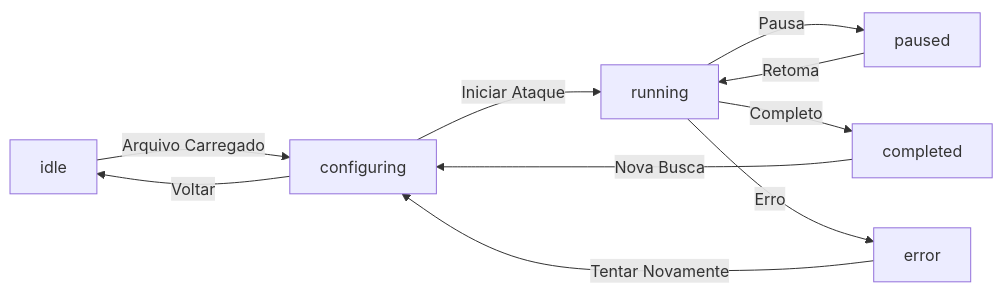
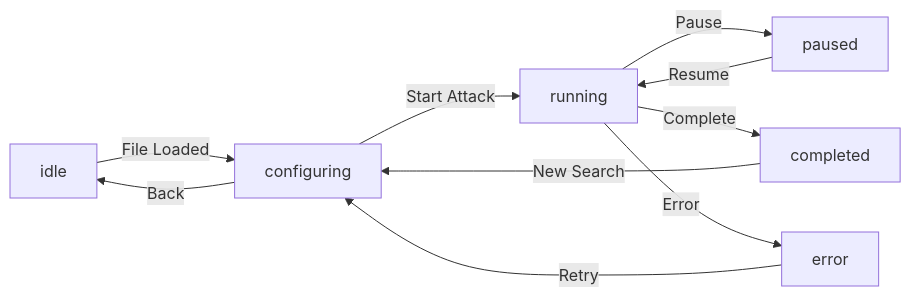
Before and after one commit to felnanuke2/rapid-crak: the diagram in ARCHITECTURE.md, drawn with Mermaid. The commit also changed other lines of this file and 13 other files, not shown here.

````diff
--- a/ARCHITECTURE.md
+++ b/ARCHITECTURE.md
@@ -81,12 +81,12 @@
 ```mermaid
 graph LR
-    A[idle] -->|Arquivo Carregado| B[configuring]
-    B -->|Iniciar Ataque| C[running]
-    C -->|Pausa| D[paused]
-    D -->|Retoma| C
-    C -->|Completo| E[completed]
-    C -->|Erro| F[error]
-    E -->|Nova Busca| B
-    B -->|Voltar| A
-    F -->|Tentar Novamente| B
+    A[idle] -->|File Loaded| B[configuring]
+    B -->|Start Attack| C[running]
+    C -->|Pause| D[paused]
+    D -->|Resume| C
+    C -->|Complete| E[completed]
+    C -->|Error| F[error]
+    E -->|New Search| B
+    B -->|Back| A
+    F -->|Retry| B
 ```
````
